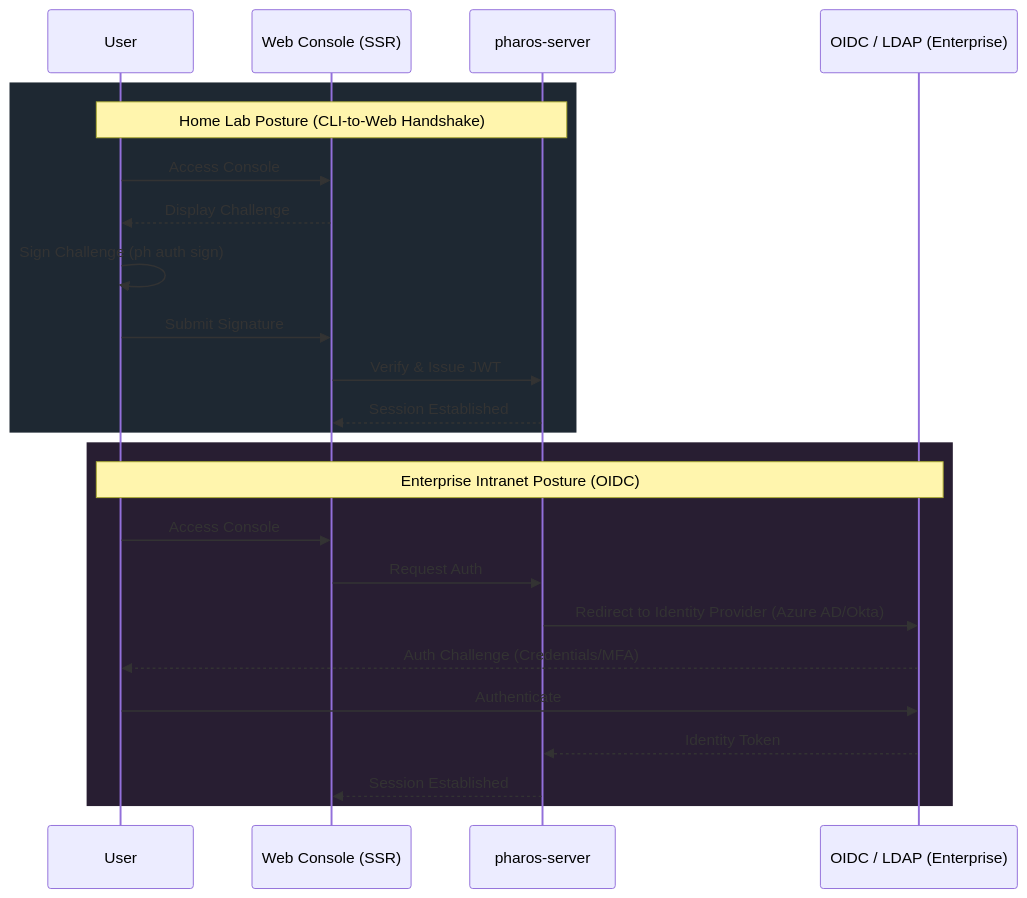
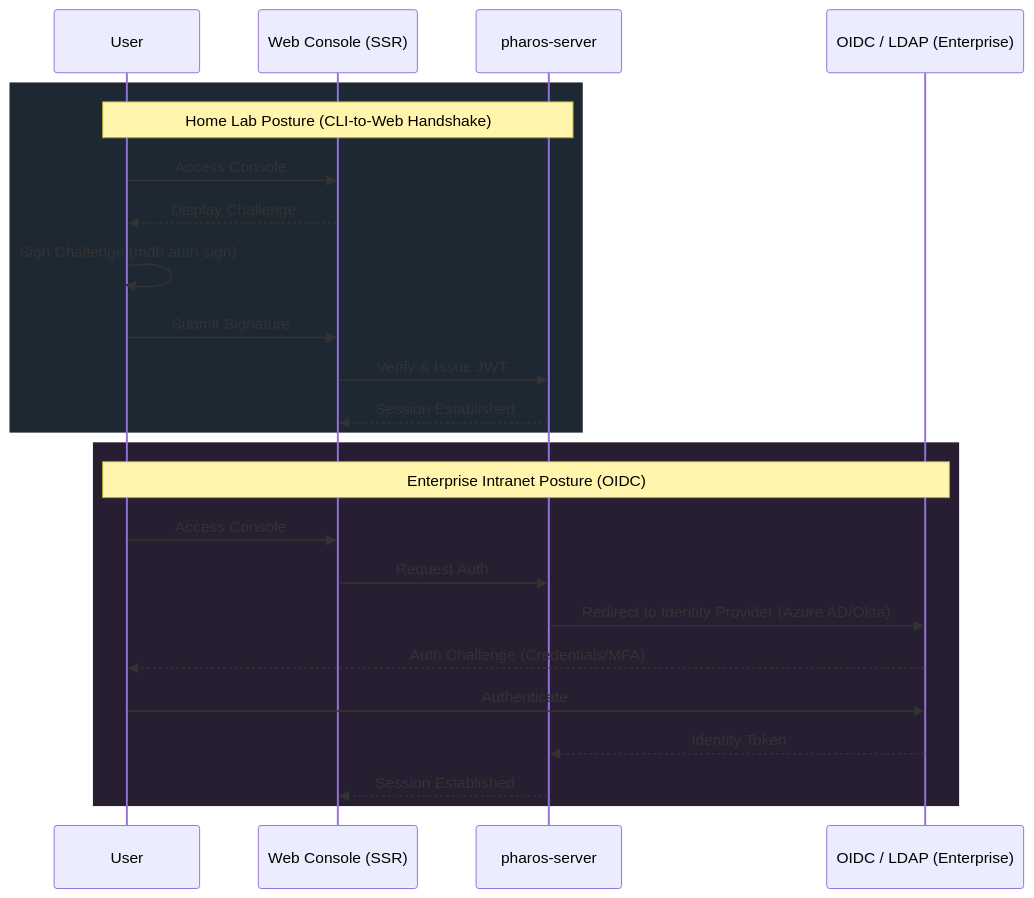
Before and after one commit to iamrichardD/pharos: the diagram in artifacts/pharos-web-console-plan.md, drawn with Mermaid. The commit also changed other lines of this file and 1 other file, not shown here.

Commit message:
docs: standardize CLI Handshake and Pharos Toolbelt architecture
- Update artifacts to use 'mdb auth sign' as primary handshake command
- Define 'Pharos Toolbelt' role for pharos-pulse agent
- Add low-cognitive load Mermaid diagram for Toolbelt ecosystem

````diff
--- a/artifacts/pharos-web-console-plan.md
+++ b/artifacts/pharos-web-console-plan.md
@@ -35,28 +35,28 @@
 ```mermaid
 sequenceDiagram
     participant User
     participant Browser as Web Console (SSR)
     participant Server as pharos-server
     participant IdP as OIDC / LDAP (Enterprise)
 
     rect rgb(30, 40, 50)
     Note over User, Server: Home Lab Posture (CLI-to-Web Handshake)
     User->>Browser: Access Console
     Browser-->>User: Display Challenge
-    User->>User: Sign Challenge (ph auth sign)
+    User->>User: Sign Challenge (mdb auth sign)
     User->>Browser: Submit Signature
     Browser->>Server: Verify & Issue JWT
     Server-->>Browser: Session Established
     end
     
     rect rgb(40, 30, 50)
     Note over User, IdP: Enterprise Intranet Posture (OIDC)
     User->>Browser: Access Console
     Browser->>Server: Request Auth
     Server->>IdP: Redirect to Identity Provider (Azure AD/Okta)
     IdP-->>User: Auth Challenge (Credentials/MFA)
     User->>IdP: Authenticate
     IdP-->>Server: Identity Token
     Server-->>Browser: Session Established
     end
 ```
````
